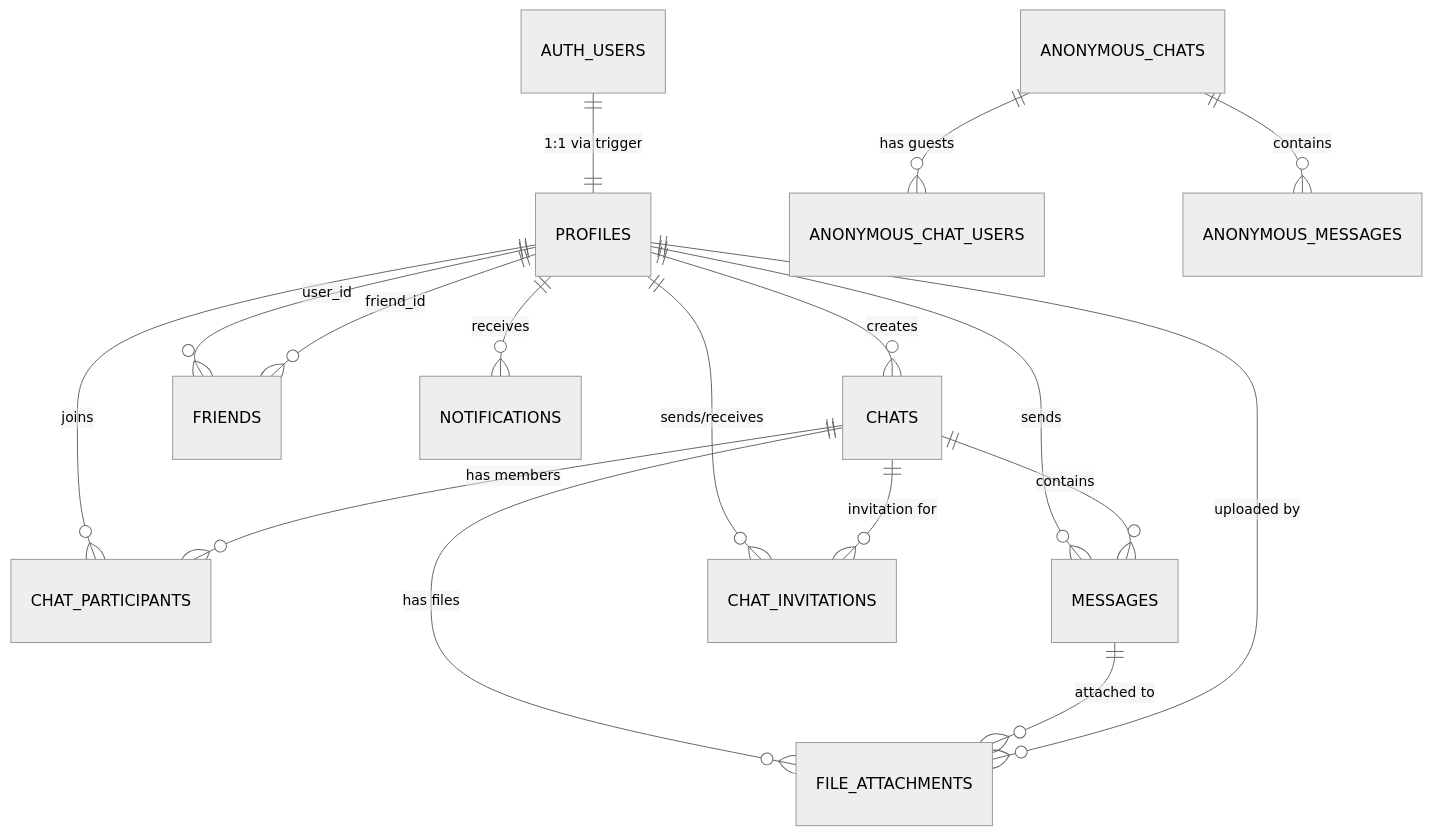
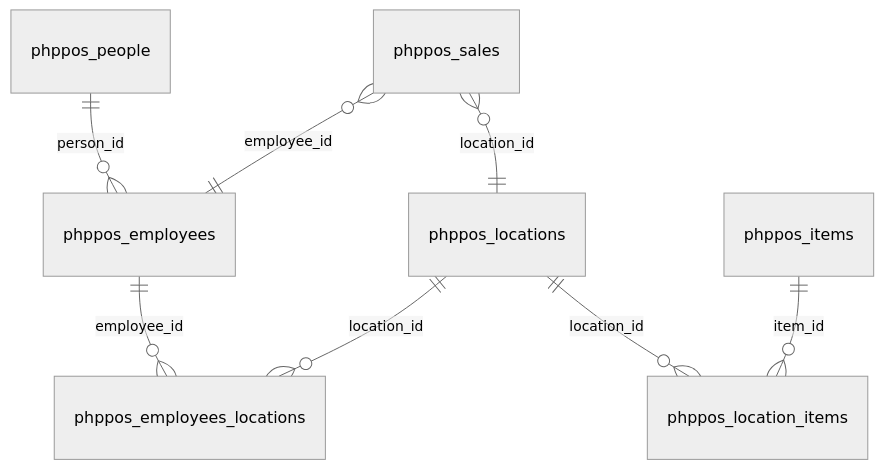
Before and after one commit to bearresearchlabs-showcase/bluejays: the diagram in source/db-5/docs/SCHEMA.md, drawn with Mermaid (neutral theme). The commit also changed other lines of this file and 237 other files, not shown here.

````diff
--- a/source/db-5/docs/SCHEMA.md
+++ b/source/db-5/docs/SCHEMA.md
@@ -95,26 +78,13 @@
 ```mermaid
 erDiagram
-    AUTH_USERS ||--|| PROFILES : "1:1 via trigger"
+    phppos_people ||--o{ phppos_employees : "person_id"
 
-    PROFILES ||--o{ CHATS : "creates"
-    PROFILES ||--o{ CHAT_PARTICIPANTS : "joins"
-    CHATS ||--o{ CHAT_PARTICIPANTS : "has members"
+    phppos_employees ||--o{ phppos_employees_locations : "employee_id"
+    phppos_locations ||--o{ phppos_employees_locations : "location_id"
 
-    PROFILES ||--o{ MESSAGES : "sends"
-    CHATS ||--o{ MESSAGES : "contains"
+    phppos_sales }o--|| phppos_employees : "employee_id"
+    phppos_sales }o--|| phppos_locations : "location_id"
 
-    PROFILES ||--o{ CHAT_INVITATIONS : "sends/receives"
-    CHATS ||--o{ CHAT_INVITATIONS : "invitation for"
-
-    PROFILES ||--o{ FRIENDS : "user_id"
-    PROFILES ||--o{ FRIENDS : "friend_id"
-
-    PROFILES ||--o{ NOTIFICATIONS : "receives"
-
-    CHATS ||--o{ FILE_ATTACHMENTS : "has files"
-    MESSAGES ||--o{ FILE_ATTACHMENTS : "attached to"
-    PROFILES ||--o{ FILE_ATTACHMENTS : "uploaded by"
-
-    ANONYMOUS_CHATS ||--o{ ANONYMOUS_CHAT_USERS : "has guests"
-    ANONYMOUS_CHATS ||--o{ ANONYMOUS_MESSAGES : "contains"
+    phppos_locations ||--o{ phppos_location_items : "location_id"
+    phppos_items ||--o{ phppos_location_items : "item_id"
 ```
````
